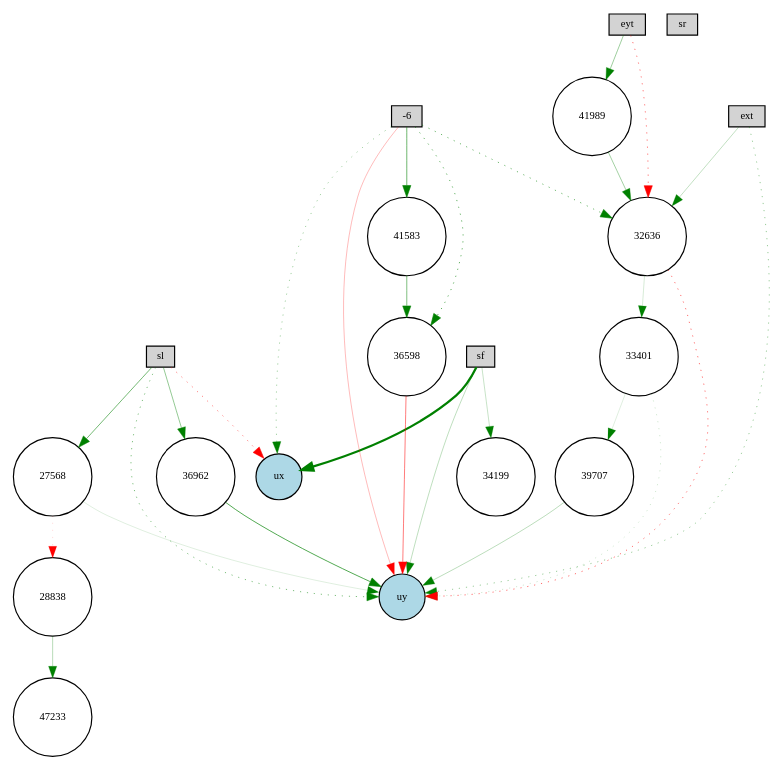
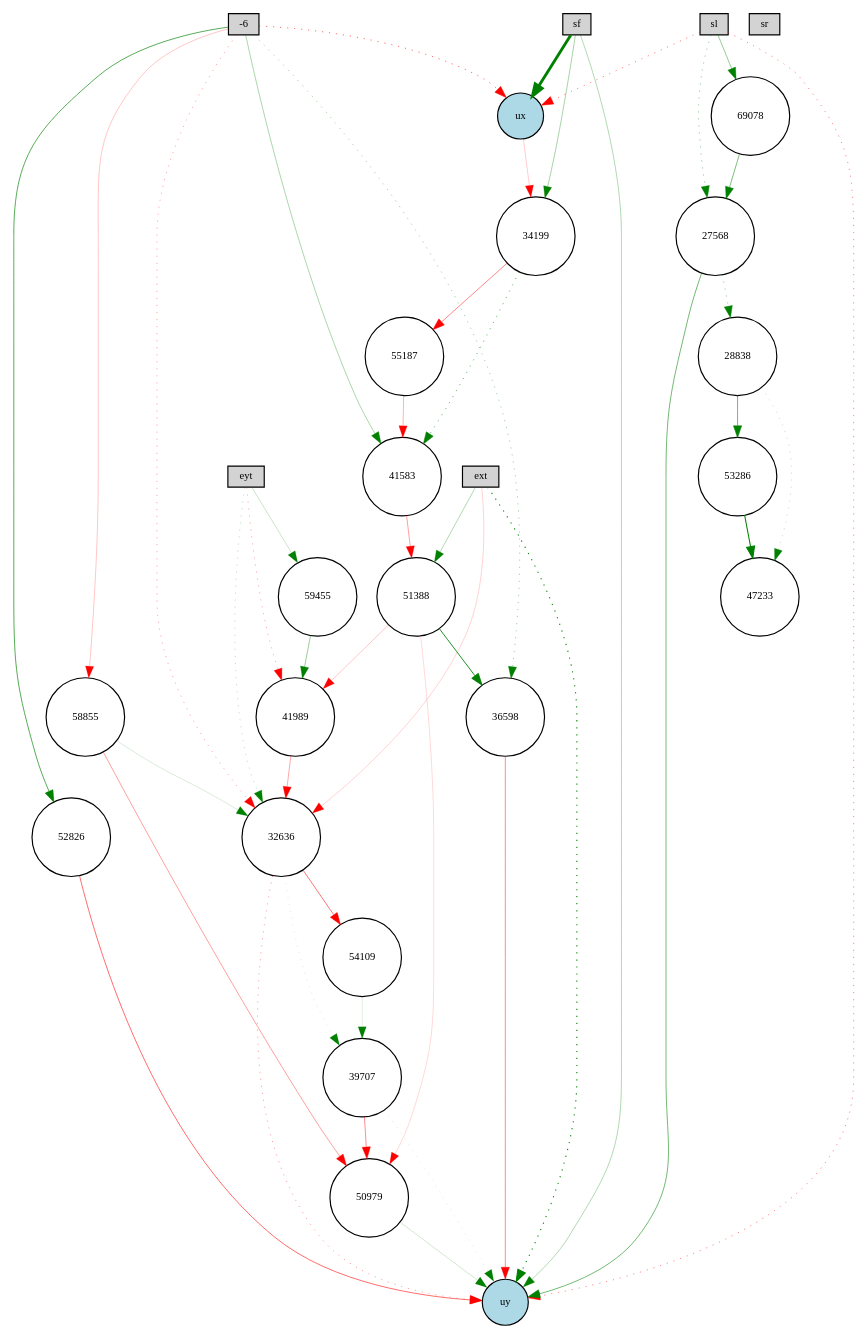
The diagram in pictures_ff/winner-feedforward.gv (KaiL4eK/autopilot_simulator), drawn with Graphviz before and after one commit. The commit also changed 13 other files, not shown here.

```diff
--- a/pictures_ff/winner-feedforward.gv
+++ b/pictures_ff/winner-feedforward.gv
@@ -1,50 +1,75 @@
 digraph {
 	node [fontsize=9 height=0.2 shape=circle width=0.2]
 	ext [fillcolor=lightgray shape=box style=filled]
 	eyt [fillcolor=lightgray shape=box style=filled]
 	sf [fillcolor=lightgray shape=box style=filled]
 	sl [fillcolor=lightgray shape=box style=filled]
 	sr [fillcolor=lightgray shape=box style=filled]
 	-6 [fillcolor=lightgray shape=box style=filled]
 	ux [fillcolor=lightblue style=filled]
 	uy [fillcolor=lightblue style=filled]
-	36962 [fillcolor=white style=filled]
 	47233 [fillcolor=white style=filled]
+	50979 [fillcolor=white style=filled]
+	34199 [fillcolor=white style=filled]
 	41989 [fillcolor=white style=filled]
 	28838 [fillcolor=white style=filled]
+	58855 [fillcolor=white style=filled]
+	53286 [fillcolor=white style=filled]
+	32636 [fillcolor=white style=filled]
 	41583 [fillcolor=white style=filled]
 	27568 [fillcolor=white style=filled]
+	55187 [fillcolor=white style=filled]
 	36598 [fillcolor=white style=filled]
-	34199 [fillcolor=white style=filled]
-	33401 [fillcolor=white style=filled]
+	69078 [fillcolor=white style=filled]
+	52826 [fillcolor=white style=filled]
 	39707 [fillcolor=white style=filled]
-	32636 [fillcolor=white style=filled]
-	27568 -> 28838 [color=red penwidth=0.11646822406086292 style=dotted]
-	41583 -> 36598 [color=green penwidth=0.4342254883824799 style=solid]
-	39707 -> uy [color=green penwidth=0.22868279035476588 style=solid]
-	-6 -> uy [color=red penwidth=0.2304654631950279 style=solid]
-	sl -> 27568 [color=green penwidth=0.472774029843394 style=solid]
-	28838 -> 47233 [color=green penwidth=0.23979076801682295 style=solid]
-	-6 -> 32636 [color=green penwidth=0.49924321379022585 style=dotted]
-	27568 -> uy [color=green penwidth=0.10621836695006191 style=solid]
-	sf -> uy [color=green penwidth=0.21920428930650188 style=solid]
-	36962 -> uy [color=green penwidth=0.5840343848419789 style=solid]
-	eyt -> 41989 [color=green penwidth=0.33045458599188393 style=solid]
-	sl -> ux [color=red penwidth=0.45566478188441484 style=dotted]
-	36598 -> uy [color=red penwidth=0.43643781859409014 style=solid]
-	-6 -> 41583 [color=green penwidth=0.4942879895582908 style=solid]
-	ext -> uy [color=green penwidth=0.352061468242751 style=dotted]
-	ext -> 32636 [color=green penwidth=0.20907056623502984 style=solid]
-	-6 -> ux [color=green penwidth=0.32032341633653966 style=dotted]
-	-6 -> 36598 [color=green penwidth=0.5331654296731136 style=dotted]
-	sf -> ux [color=green penwidth=1.9203585841159858 style=solid]
-	eyt -> 32636 [color=red penwidth=0.47641191728681753 style=dotted]
-	33401 -> 39707 [color=green penwidth=0.10904640604263564 style=solid]
-	sl -> uy [color=green penwidth=0.4378321894965922 style=dotted]
-	33401 -> uy [color=green penwidth=0.15769258537880104 style=dotted]
-	sl -> 36962 [color=green penwidth=0.3578812130348087 style=solid]
-	32636 -> uy [color=red penwidth=0.49027991177895114 style=dotted]
-	41989 -> 32636 [color=green penwidth=0.3067120535388552 style=solid]
-	32636 -> 33401 [color=green penwidth=0.14340991716926563 style=solid]
-	sf -> 34199 [color=green penwidth=0.18769441783277319 style=solid]
+	51388 [fillcolor=white style=filled]
+	54109 [fillcolor=white style=filled]
+	59455 [fillcolor=white style=filled]
+	58855 -> 50979 [color=red penwidth=0.3197992059290341 style=solid]
+	32636 -> 39707 [color=green penwidth=0.12002822577559605 style=dotted]
+	28838 -> 47233 [color=green penwidth=0.18661898431724694 style=dotted]
+	50979 -> uy [color=green penwidth=0.16356134734893524 style=solid]
+	51388 -> 36598 [color=green penwidth=0.7311180408065695 style=solid]
+	51388 -> 50979 [color=red penwidth=0.12966441104064824 style=solid]
+	27568 -> uy [color=green penwidth=0.4738056082238091 style=solid]
+	eyt -> 59455 [color=green penwidth=0.1813563525010668 style=solid]
+	34199 -> 41583 [color=green penwidth=0.4806977800911022 style=dotted]
+	eyt -> 41989 [color=red penwidth=0.28846677007493904 style=dotted]
+	55187 -> 41583 [color=red penwidth=0.25525467490369896 style=solid]
+	ext -> uy [color=green penwidth=0.9159587343113283 style=dotted]
+	52826 -> uy [color=red penwidth=0.48845150205474264 style=solid]
+	ext -> 32636 [color=red penwidth=0.14829657359888115 style=solid]
+	32636 -> 54109 [color=red penwidth=0.4592267741291708 style=solid]
+	-6 -> ux [color=red penwidth=0.501872739725917 style=dotted]
+	-6 -> 36598 [color=green penwidth=0.31800576359715327 style=dotted]
+	sl -> 69078 [color=green penwidth=0.3506119125583561 style=solid]
+	ext -> 51388 [color=green penwidth=0.2646889196624916 style=solid]
+	sl -> uy [color=red penwidth=0.4017727707216967 style=dotted]
+	53286 -> 47233 [color=green penwidth=0.8732212364344881 style=solid]
+	51388 -> 41989 [color=red penwidth=0.18954820988251783 style=solid]
+	27568 -> 28838 [color=green penwidth=0.33504461972839344 style=dotted]
+	39707 -> uy [color=green penwidth=0.12438310291813422 style=dotted]
+	28838 -> 53286 [color=green penwidth=0.4695582267483045 style=solid]
+	59455 -> 41989 [color=green penwidth=0.3308374196471695 style=solid]
+	-6 -> 32636 [color=red penwidth=0.3000575419811806 style=dotted]
+	69078 -> 27568 [color=green penwidth=0.43282678750502823 style=solid]
+	sf -> uy [color=green penwidth=0.2641604238113642 style=solid]
+	58855 -> 32636 [color=green penwidth=0.13494271757035065 style=solid]
+	sl -> ux [color=red penwidth=0.4289148173340971 style=dotted]
+	36598 -> uy [color=red penwidth=0.391096112645817 style=solid]
+	39707 -> 50979 [color=red penwidth=0.38153389197312415 style=solid]
+	ux -> 34199 [color=red penwidth=0.1737422817303128 style=solid]
+	54109 -> 39707 [color=green penwidth=0.10259081872767657 style=solid]
+	-6 -> 41583 [color=green penwidth=0.2753427871876718 style=solid]
+	34199 -> 55187 [color=red penwidth=0.3956866217682595 style=solid]
+	-6 -> 52826 [color=green penwidth=0.5560652742968548 style=solid]
+	sl -> 27568 [color=green penwidth=0.3569486723311106 style=dotted]
+	sf -> ux [color=green penwidth=2.4512792366887424 style=solid]
+	41583 -> 51388 [color=red penwidth=0.321253876840139 style=solid]
+	eyt -> 32636 [color=green penwidth=0.21652529951451685 style=dotted]
+	sf -> 34199 [color=green penwidth=0.28924775844275424 style=solid]
+	32636 -> uy [color=red penwidth=0.3211695929060355 style=dotted]
+	-6 -> 58855 [color=red penwidth=0.19477765916394213 style=solid]
+	41989 -> 32636 [color=red penwidth=0.2945948739271326 style=solid]
 }
```
